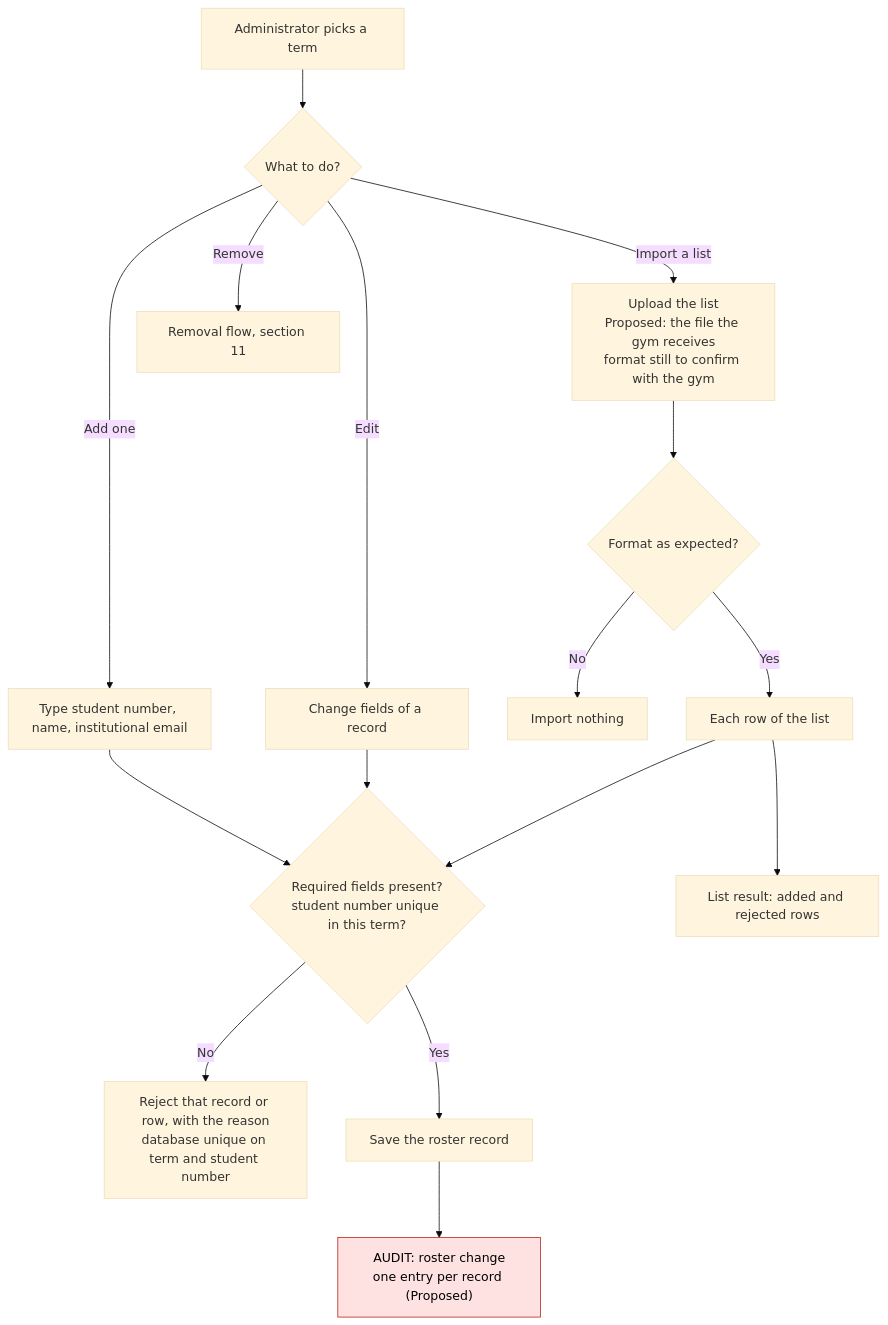
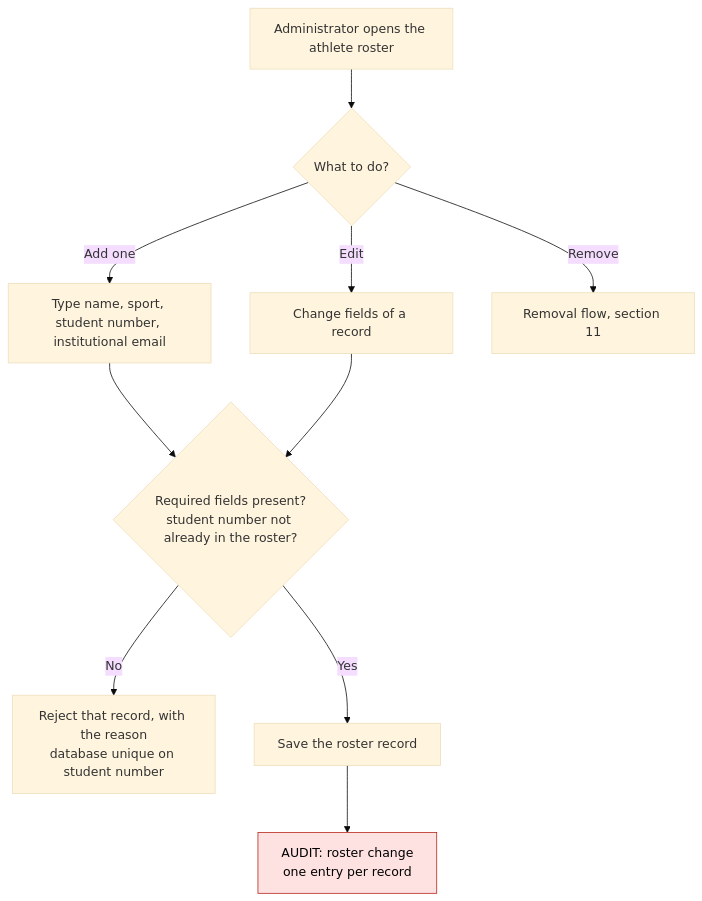
Before and after one commit to Th3-Minorities/natatorio-gym-app: the eighth of 17 diagrams in docs/design/admin-flows.md, drawn with Mermaid (base theme). The commit also changed other lines of this file and 8 other files, not shown here.

Commit message:
Update the SRS and design docs for personal staff accounts, check-out, one roster, store sync and the other meeting decisions

````diff
--- a/docs/design/admin-flows.md
+++ b/docs/design/admin-flows.md
@@ -307,21 +235,15 @@
 ```mermaid
 flowchart TD
-  A0["Administrator picks a term"] --> A1{"What to do?"}
-  A1 -->|"Add one"| A2["Type student number, name, institutional email"]
-  A1 -->|"Import a list"| A3["Upload the list<br/>Proposed: the file the gym receives<br/>format still to confirm with the gym"]
+  A0["Administrator opens the athlete roster"] --> A1{"What to do?"}
+  A1 -->|"Add one"| A2["Type name, sport, student number, institutional email"]
   A1 -->|"Edit"| A4["Change fields of a record"]
   A1 -->|"Remove"| A9["Removal flow, section 11"]
-  A3 --> A5{"Format as expected?"}
-  A5 -->|"No"| A6["Import nothing"]
-  A5 -->|"Yes"| A7["Each row of the list"]
-  A2 --> V1{"Required fields present?<br/>student number unique in this term?"}
+  A2 --> V1{"Required fields present?<br/>student number not already in the roster?"}
   A4 --> V1
-  A7 --> V1
-  V1 -->|"No"| V2["Reject that record or row, with the reason<br/>database unique on term and student number"]
+  V1 -->|"No"| V2["Reject that record, with the reason<br/>database unique on student number"]
   V1 -->|"Yes"| V3["Save the roster record"]
-  V3 --> AU["AUDIT: roster change<br/>one entry per record (Proposed)"]
-  A7 --> RL["List result: added and rejected rows"]
+  V3 --> AU["AUDIT: roster change<br/>one entry per record"]
 
   classDef audit fill:#fde2e1,stroke:#b42318,color:#000
   class AU audit
 ```
````
